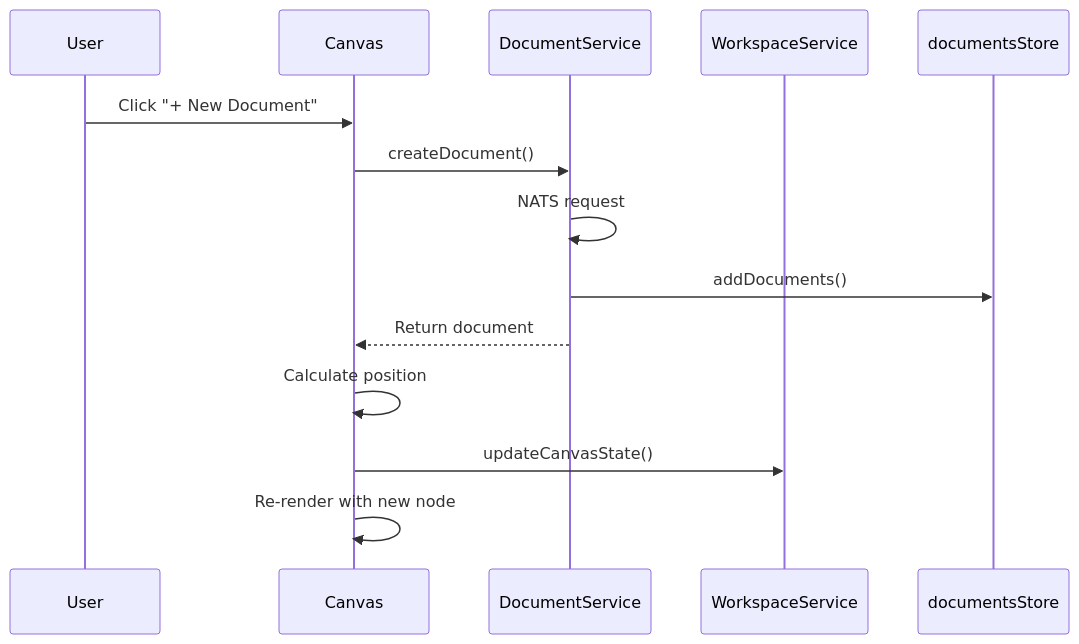
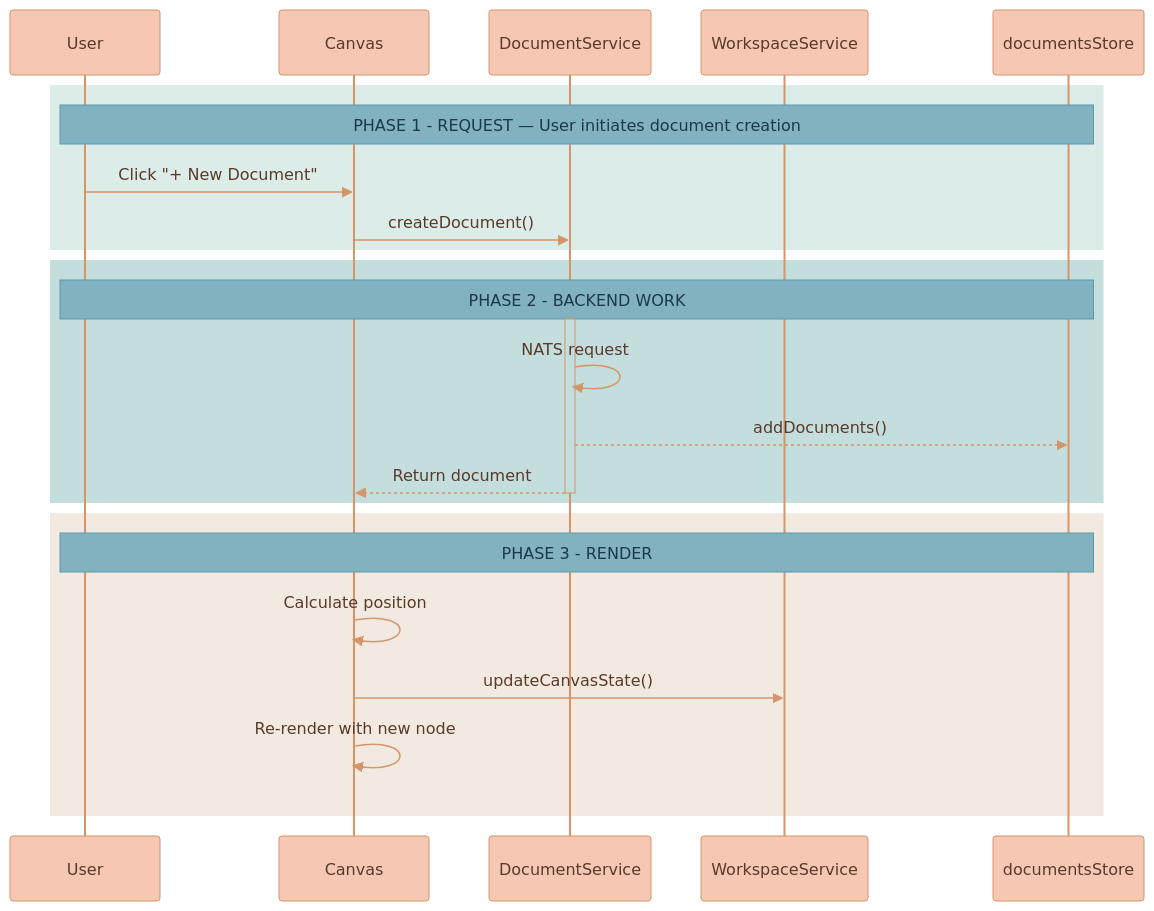
The third of 17 diagrams in documentation/features/WORKSPACE-FEATURE.md (Lixpi/lixpi), drawn with Mermaid before and after one commit. The commit also changed other lines of this file and 27 other files, not shown here.

````diff
--- a/documentation/features/WORKSPACE-FEATURE.md
+++ b/documentation/features/WORKSPACE-FEATURE.md
@@ -190,16 +215,37 @@
 ```mermaid
+%%{init: {'theme': 'base', 'themeVariables': { 'noteBkgColor': '#82B2C0', 'noteTextColor': '#1a3a47', 'noteBorderColor': '#5a9aad', 'actorBkg': '#F6C7B3', 'actorBorder': '#d4956a', 'actorTextColor': '#5a3a2a', 'actorLineColor': '#d4956a', 'signalColor': '#d4956a', 'signalTextColor': '#5a3a2a', 'labelBoxBkgColor': '#F6C7B3', 'labelBoxBorderColor': '#d4956a', 'labelTextColor': '#5a3a2a', 'loopTextColor': '#5a3a2a', 'activationBorderColor': '#d4956a', 'activationBkgColor': '#C3DEDD', 'sequenceNumberColor': '#5a3a2a'}}}%%
 sequenceDiagram
     participant User
     participant Canvas
     participant DSvc as DocumentService
     participant WSvc as WorkspaceService
-
-    User->>Canvas: Click "+ New Document"
-    Canvas->>DSvc: createDocument()
-    DSvc->>DSvc: NATS request
-    DSvc->>documentsStore: addDocuments()
-    DSvc-->>Canvas: Return document
-    Canvas->>Canvas: Calculate position
-    Canvas->>WSvc: updateCanvasState()
-    Canvas->>Canvas: Re-render with new node
+    participant documentsStore
+    %% ═══════════════════════════════════════════════════════════════
+    %% PHASE 1: REQUEST
+    %% ═══════════════════════════════════════════════════════════════
+    rect rgb(220, 236, 233)
+        Note over User, documentsStore: PHASE 1 - REQUEST — User initiates document creation
+        User->>Canvas: Click "+ New Document"
+        Canvas->>DSvc: createDocument()
+    end
+    %% ═══════════════════════════════════════════════════════════════
+    %% PHASE 2: BACKEND WORK
+    %% ═══════════════════════════════════════════════════════════════
+    rect rgb(195, 222, 221)
+        Note over User, documentsStore: PHASE 2 - BACKEND WORK
+        activate DSvc
+        DSvc->>DSvc: NATS request
+        DSvc-->>documentsStore: addDocuments()
+        DSvc-->>Canvas: Return document
+        deactivate DSvc
+    end
+    %% ═══════════════════════════════════════════════════════════════
+    %% PHASE 3: RENDER
+    %% ═══════════════════════════════════════════════════════════════
+    rect rgb(242, 234, 224)
+        Note over User, documentsStore: PHASE 3 - RENDER
+        Canvas->>Canvas: Calculate position
+        Canvas->>WSvc: updateCanvasState()
+        Canvas->>Canvas: Re-render with new node
+    end
 ```
````
